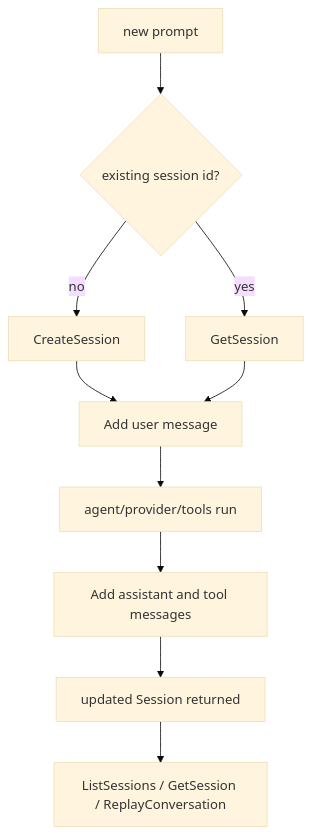
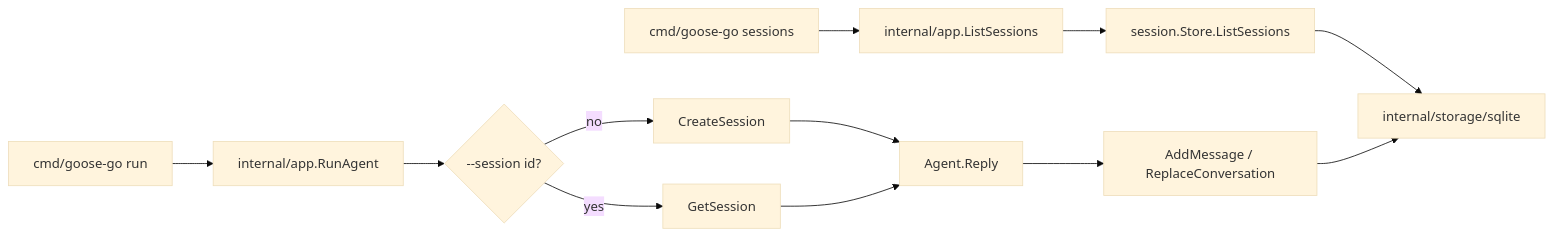
Before and after one commit to xren/goose-go: the second of 2 diagrams in internal/session/ARCHITECTURE.md, drawn with Mermaid (base theme). The commit also changed other lines of this file and 10 other files, not shown here.

````diff
--- a/internal/session/ARCHITECTURE.md
+++ b/internal/session/ARCHITECTURE.md
@@ -45,12 +61,15 @@
 ```mermaid
-flowchart TD
-    A["new prompt"] --> B{"existing session id?"}
-    B -- "no" --> C["CreateSession"]
-    B -- "yes" --> D["GetSession"]
-    C --> E["Add user message"]
-    D --> E
-    E --> F["agent/provider/tools run"]
-    F --> G["Add assistant and tool messages"]
-    G --> H["updated Session returned"]
-    H --> I["ListSessions / GetSession / ReplayConversation"]
+flowchart LR
+    A["cmd/goose-go sessions"] --> B["internal/app.ListSessions"]
+    B --> C["session.Store.ListSessions"]
+    C --> D["internal/storage/sqlite"]
+
+    E["cmd/goose-go run"] --> F["internal/app.RunAgent"]
+    F --> G{"--session id?"}
+    G -- "no" --> H["CreateSession"]
+    G -- "yes" --> I["GetSession"]
+    H --> J["Agent.Reply"]
+    I --> J
+    J --> K["AddMessage / ReplaceConversation"]
+    K --> D
 ```
````
